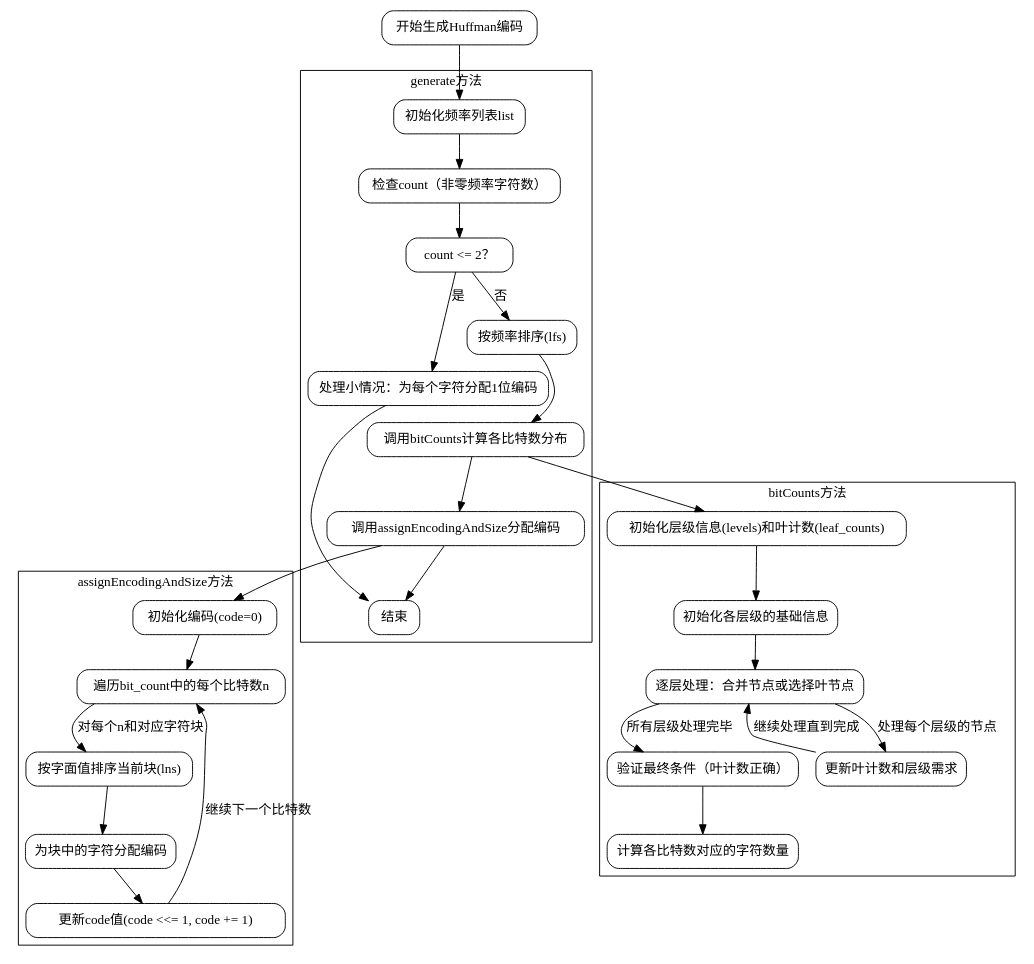
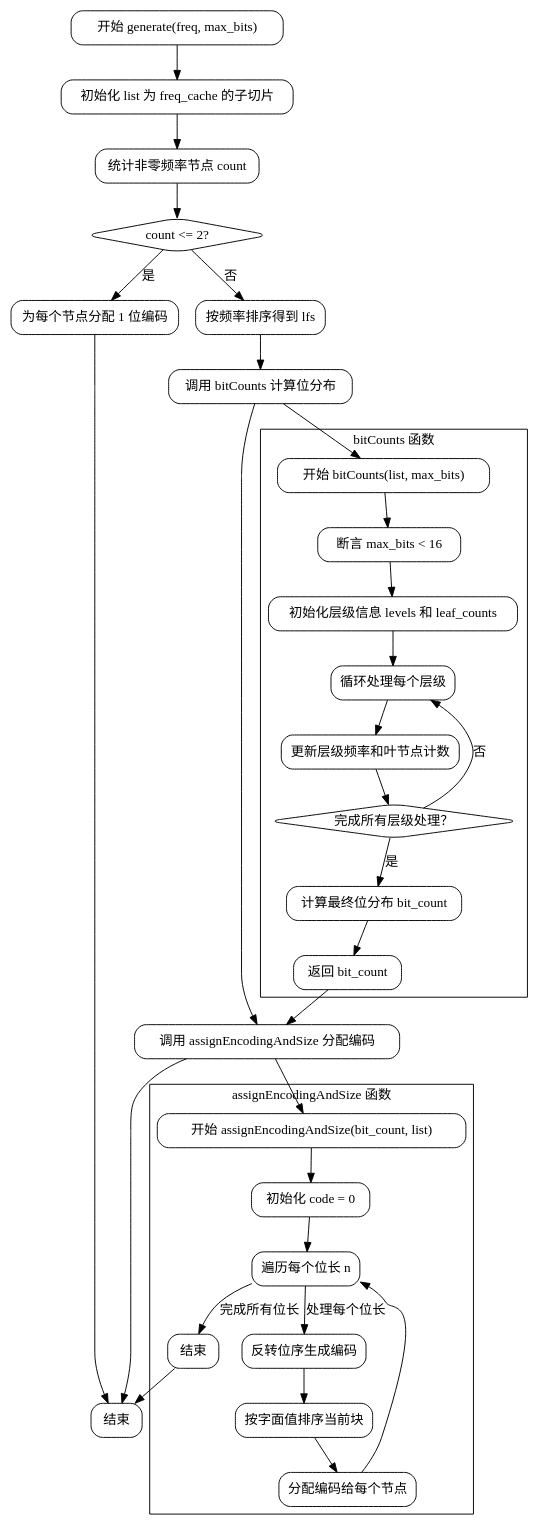
The diagram in dot_std/compress/flate/huffman_encoder.zig.HuffmanEncoder.md (sdzx-1/deepseek-zig-reader), drawn with Graphviz before and after one commit. The commit also changed other lines of this file and 236 other files, not shown here.

````diff
--- a/dot_std/compress/flate/huffman_encoder.zig.HuffmanEncoder.md
+++ b/dot_std/compress/flate/huffman_encoder.zig.HuffmanEncoder.md
@@ -31,68 +19,70 @@
-```dot
-digraph HuffmanEncoder {
-    rankdir=TB;
-    node [shape=rectangle, style="rounded"];
-
-    start [label="开始生成Huffman编码"];
+```graphviz
+digraph HuffmanEncoderGenerate {
+    node [shape=rectangle, style=rounded];
+    start [label="开始 generate(freq, max_bits)"];
+    init_list [label="初始化 list 为 freq_cache 的子切片"];
+    count_non_zero [label="统计非零频率节点 count"];
+    handle_small_cases [label="count <= 2?" shape=diamond];
+    assign_simple_codes [label="为每个节点分配 1 位编码"];
+    sort_by_freq [label="按频率排序得到 lfs"];
+    compute_bit_counts [label="调用 bitCounts 计算位分布"];
+    assign_encoding [label="调用 assignEncodingAndSize 分配编码"];
     end [label="结束"];
 
-    subgraph cluster_generate {
-        label="generate方法";
-        
-        gen_start [label="初始化频率列表list"];
-        check_count [label="检查count（非零频率字符数）"];
-        count_leq2 [label="count <= 2？"];
-        handle_small [label="处理小情况：为每个字符分配1位编码"];
-        sort_freq [label="按频率排序(lfs)"];
-        compute_bitcounts [label="调用bitCounts计算各比特数分布"];
-        assign_encoding [label="调用assignEncodingAndSize分配编码"];
-        
-        gen_start -> check_count;
-        check_count -> count_leq2;
-        count_leq2 -> handle_small [label="是"];
-        count_leq2 -> sort_freq [label="否"];
-        handle_small -> end;
-        sort_freq -> compute_bitcounts;
-        compute_bitcounts -> assign_encoding;
-        assign_encoding -> end;
+    start -> init_list;
+    init_list -> count_non_zero;
+    count_non_zero -> handle_small_cases;
+    handle_small_cases -> assign_simple_codes [label="是"];
+    handle_small_cases -> sort_by_freq [label="否"];
+    assign_simple_codes -> end;
+    sort_by_freq -> compute_bit_counts;
+    compute_bit_counts -> assign_encoding;
+    assign_encoding -> end;
+
+    subgraph cluster_bitCounts {
+        label="bitCounts 函数";
+        bc_start [label="开始 bitCounts(list, max_bits)"];
+        validate_max_bits [label="断言 max_bits < 16"];
+        init_levels [label="初始化层级信息 levels 和 leaf_counts"];
+        process_levels [label="循环处理每个层级"];
+        update_leaf_counts [label="更新层级频率和叶节点计数"];
+        check_completion [label="完成所有层级处理？" shape=diamond];
+        calculate_bit_count [label="计算最终位分布 bit_count"];
+        bc_end [label="返回 bit_count"];
+
+        bc_start -> validate_max_bits;
+        validate_max_bits -> init_levels;
+        init_levels -> process_levels;
+        process_levels -> update_leaf_counts;
+        update_leaf_counts -> check_completion;
+        check_completion -> process_levels [label="否"];
+        check_completion -> calculate_bit_count [label="是"];
+        calculate_bit_count -> bc_end;
     }
 
-    subgraph cluster_bitCounts {
-        label="bitCounts方法";
-        
-        bc_start [label="初始化层级信息(levels)和叶计数(leaf_counts)"];
-        setup_levels [label="初始化各层级的基础信息"];
-        process_levels [label="逐层处理：合并节点或选择叶节点"];
-        update_leaf_counts [label="更新叶计数和层级需求"];
-        final_checks [label="验证最终条件（叶计数正确）"];
-        compute_bit_count [label="计算各比特数对应的字符数量"];
-        
-        bc_start -> setup_levels;
-        setup_levels -> process_levels;
-        process_levels -> update_leaf_counts [label="处理每个层级的节点"];
-        update_leaf_counts -> process_levels [label="继续处理直到完成"];
-        process_levels -> final_checks [label="所有层级处理完毕"];
-        final_checks -> compute_bit_count;
+    compute_bit_counts -> bc_start [lhead=cluster_bitCounts];
+    bc_end -> assign_encoding [ltail=cluster_bitCounts];
+
+    subgraph cluster_assignEncoding {
+        label="assignEncodingAndSize 函数";
+        ae_start [label="开始 assignEncodingAndSize(bit_count, list)"];
+        init_code [label="初始化 code = 0"];
+        loop_bits [label="遍历每个位长 n"];
+        reverse_code [label="反转位序生成编码"];
+        sort_by_literal [label="按字面值排序当前块"];
+        assign_codes [label="分配编码给每个节点"];
+        ae_end [label="结束"];
+
+        ae_start -> init_code;
+        init_code -> loop_bits;
+        loop_bits -> reverse_code [label="处理每个位长"];
+        reverse_code -> sort_by_literal;
+        sort_by_literal -> assign_codes;
+        assign_codes -> loop_bits;
+        loop_bits -> ae_end [label="完成所有位长"];
     }
 
-    subgraph cluster_assignEncoding {
-        label="assignEncodingAndSize方法";
-        
-        ae_start [label="初始化编码(code=0)"];
-        iterate_bits [label="遍历bit_count中的每个比特数n"];
-        sort_literals [label="按字面值排序当前块(lns)"];
-        assign_codes [label="为块中的字符分配编码"];
-        update_code [label="更新code值(code <<= 1, code += 1)"];
-        
-        ae_start -> iterate_bits;
-        iterate_bits -> sort_literals [label="对每个n和对应字符块"];
-        sort_literals -> assign_codes;
-        assign_codes -> update_code;
-        update_code -> iterate_bits [label="继续下一个比特数"];
-    }
-
-    start -> gen_start;
-    compute_bitcounts -> bc_start [ltail=cluster_generate, lhead=cluster_bitCounts];
-    assign_encoding -> ae_start [ltail=cluster_generate, lhead=cluster_assignEncoding];
+    assign_encoding -> ae_start [lhead=cluster_assignEncoding];
+    ae_end -> end [ltail=cluster_assignEncoding];
 }
 ```
````
